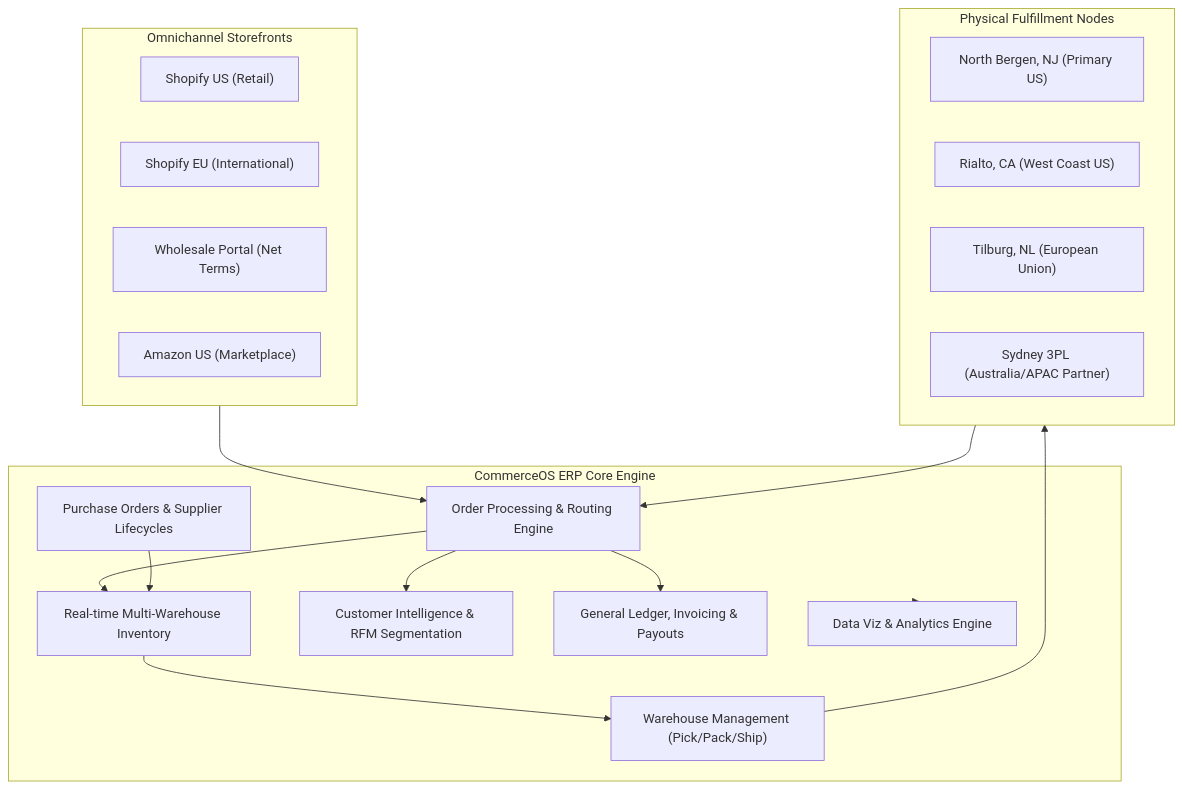
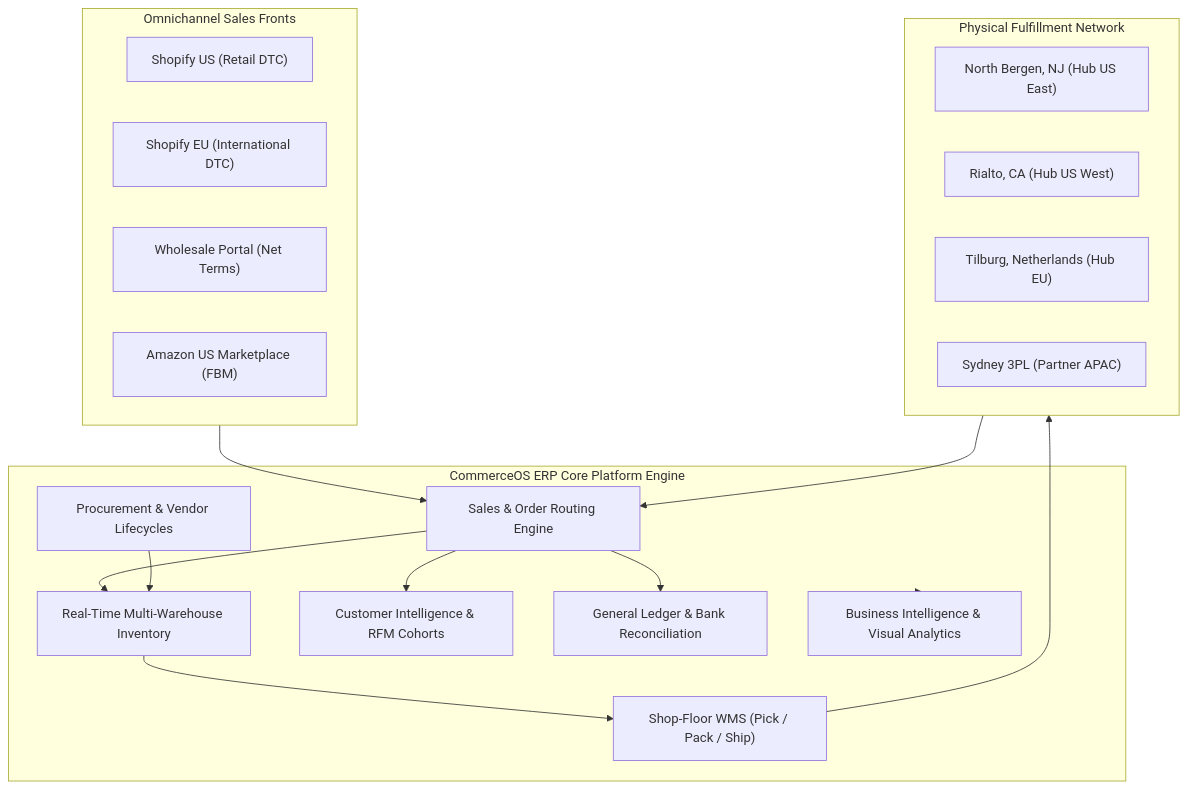
Before and after one commit to uixsaiham/ecommerceOS-ERP-system: the first of 9 diagrams in COMMERCEOS_ERP_DOCUMENTATION.md, drawn with Mermaid. The commit also changed other lines of this file and 2 other files, not shown here.

Commit message:
docs: enhance client-ready ERP specification with comprehensive Design System chapter and executive presentation layout

````diff
--- a/COMMERCEOS_ERP_DOCUMENTATION.md
+++ b/COMMERCEOS_ERP_DOCUMENTATION.md
@@ -40,36 +63,36 @@
 ```mermaid
 flowchart TD
-    subgraph Channels["Omnichannel Storefronts"]
-        US["Shopify US (Retail)"]
-        EU["Shopify EU (International)"]
+    subgraph Omnichannel["Omnichannel Sales Fronts"]
+        US["Shopify US (Retail DTC)"]
+        EU["Shopify EU (International DTC)"]
         B2B["Wholesale Portal (Net Terms)"]
-        AMZ["Amazon US (Marketplace)"]
+        AMZ["Amazon US Marketplace (FBM)"]
     end
 
-    subgraph Core["CommerceOS ERP Core Engine"]
-        OrdersEngine["Order Processing & Routing Engine"]
-        InvEngine["Real-time Multi-Warehouse Inventory"]
-        WMS["Warehouse Management (Pick/Pack/Ship)"]
-        CRM["Customer Intelligence & RFM Segmentation"]
-        Procure["Purchase Orders & Supplier Lifecycles"]
-        Finance["General Ledger, Invoicing & Payouts"]
-        BI["Data Viz & Analytics Engine"]
+    subgraph Core["CommerceOS ERP Core Platform Engine"]
+        OrdersEngine["Sales & Order Routing Engine"]
+        InvEngine["Real-Time Multi-Warehouse Inventory"]
+        WMSEngine["Shop-Floor WMS (Pick / Pack / Ship)"]
+        CRMEngine["Customer Intelligence & RFM Cohorts"]
+        ProcureEngine["Procurement & Vendor Lifecycles"]
+        FinanceEngine["General Ledger & Bank Reconciliation"]
+        BIEngine["Business Intelligence & Visual Analytics"]
     end
 
-    subgraph Logistics["Physical Fulfillment Nodes"]
-        W1["North Bergen, NJ (Primary US)"]
-        W2["Rialto, CA (West Coast US)"]
-        W3["Tilburg, NL (European Union)"]
-        W4["Sydney 3PL (Australia/APAC Partner)"]
+    subgraph Logistics["Physical Fulfillment Network"]
+        W1["North Bergen, NJ (Hub US East)"]
+        W2["Rialto, CA (Hub US West)"]
+        W3["Tilburg, Netherlands (Hub EU)"]
+        W4["Sydney 3PL (Partner APAC)"]
     end
 
-    Channels --> OrdersEngine
+    Omnichannel --> OrdersEngine
     OrdersEngine --> InvEngine
-    InvEngine --> WMS
-    WMS --> Logistics
-    Procure --> InvEngine
-    OrdersEngine --> CRM
-    OrdersEngine --> Finance
+    InvEngine --> WMSEngine
+    WMSEngine --> Logistics
+    ProcureEngine --> InvEngine
+    OrdersEngine --> CRMEngine
+    OrdersEngine --> FinanceEngine
     Logistics --> OrdersEngine
-    Core --> BI
+    Core --> BIEngine
 ```
````
